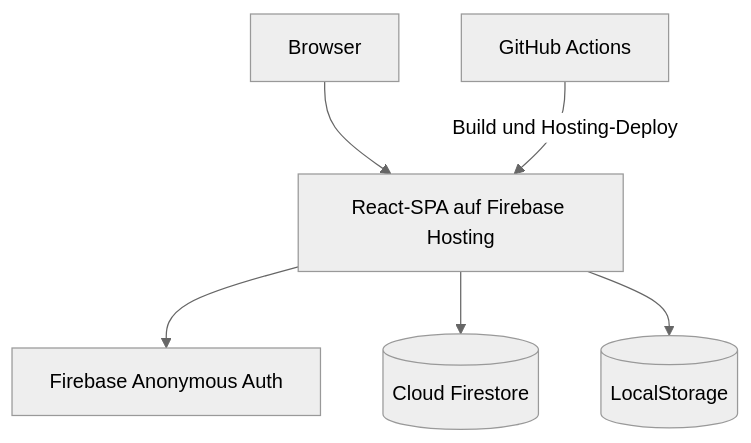
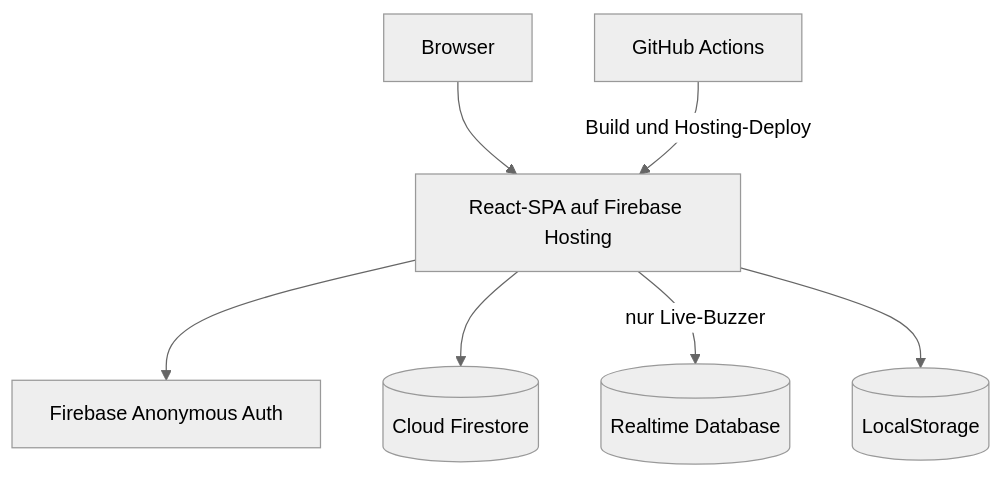
The first of 2 diagrams in docs/specs.md (Betogora/BengtsToolBox), drawn with Mermaid (neutral theme) before and after one commit. The commit also changed other lines of this file and 32 other files, not shown here.

Commit message:
feat: rebuild live buzzer with protected host and synchronized rounds

````diff
--- a/docs/specs.md
+++ b/docs/specs.md
@@ -447,8 +449,9 @@
 ```mermaid
 flowchart TB
   B["Browser"] --> SPA["React-SPA auf Firebase Hosting"]
   SPA --> AUTH["Firebase Anonymous Auth"]
   SPA --> DB[("Cloud Firestore")]
+  SPA -->|"nur Live-Buzzer"| RTDB[("Realtime Database")]
   SPA --> LS[("LocalStorage")]
   GH["GitHub Actions"] -->|"Build und Hosting-Deploy"| SPA
 ```
````
